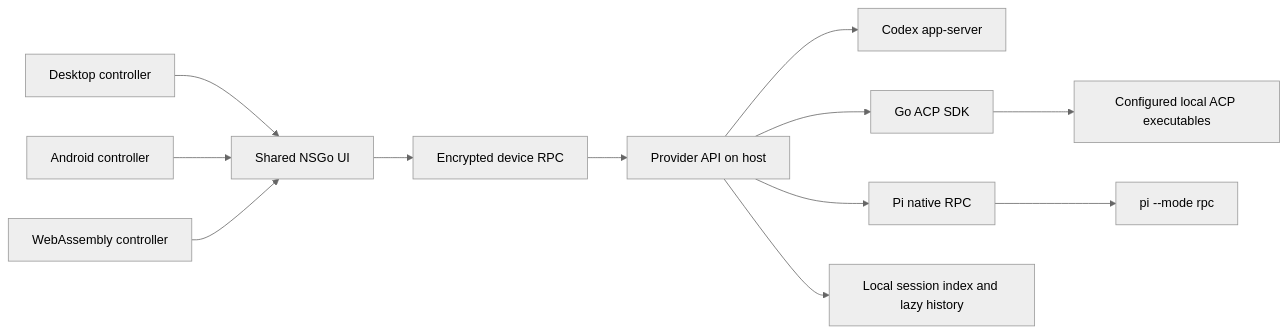
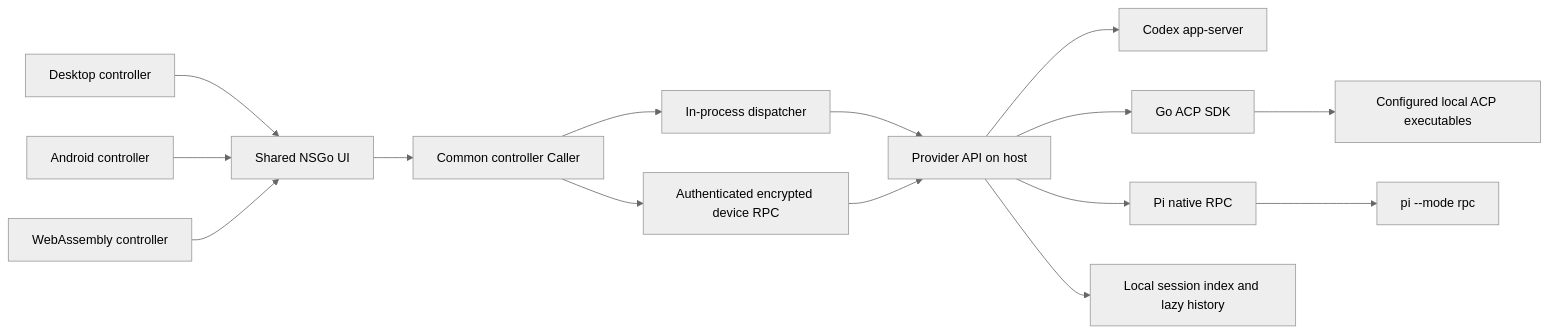
The diagram in docs/platform/agent-providers.md (monkeyWie/reign), drawn with Mermaid (neutral theme) before and after one commit. The commit also changed other lines of this file and 162 other files, not shown here.

````diff
--- a/docs/platform/agent-providers.md
+++ b/docs/platform/agent-providers.md
@@ -22,14 +22,17 @@
 ```mermaid
 flowchart LR
   Desktop[Desktop controller] --> UI[Shared NSGo UI]
   Mobile[Android controller] --> UI
   Web[WebAssembly controller] --> UI
-  UI --> RPC[Encrypted device RPC]
-  RPC --> Providers[Provider API on host]
+  UI --> Call[Common controller Caller]
+  Call --> Local[In-process dispatcher]
+  Call --> RPC[Authenticated encrypted device RPC]
+  Local --> Providers[Provider API on host]
+  RPC --> Providers
   Providers --> Codex[Codex app-server]
   Providers --> ACP[Go ACP SDK]
   Providers --> Pi[Pi native RPC]
   ACP --> Commands[Configured local ACP executables]
   Pi --> PiCLI[pi --mode rpc]
   Providers --> SQLite[Local session index and lazy history]
 ```
````
